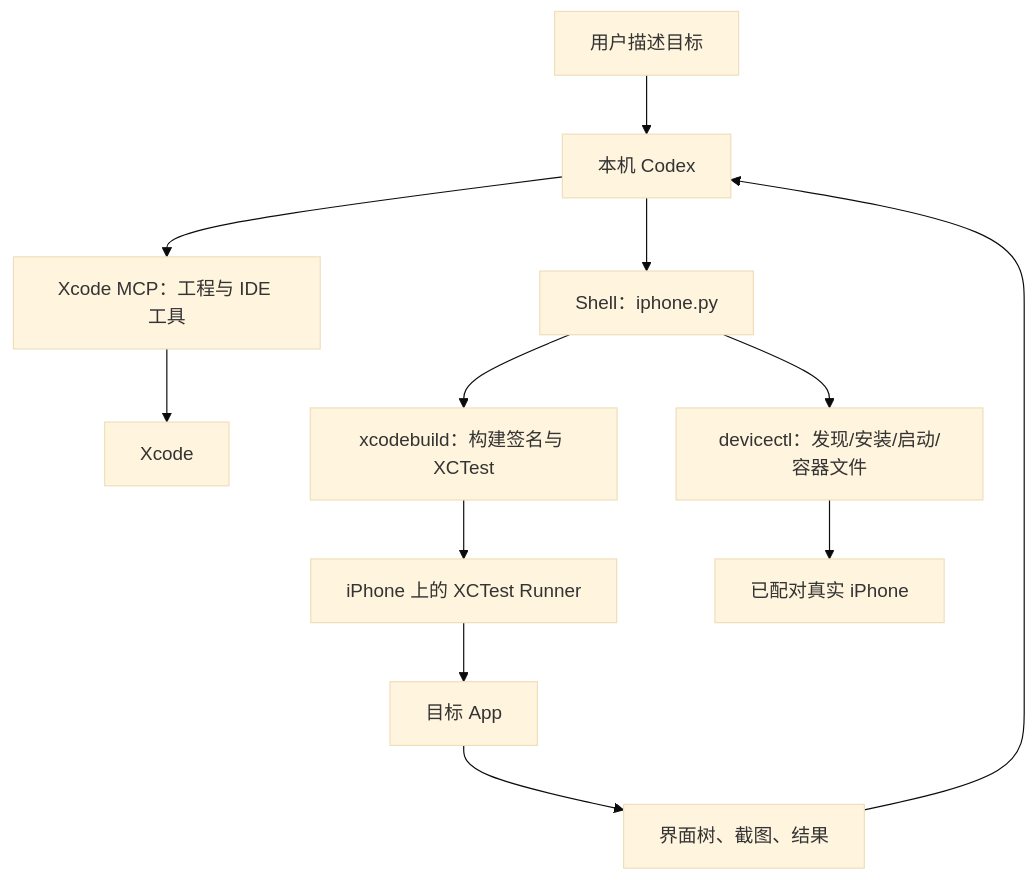
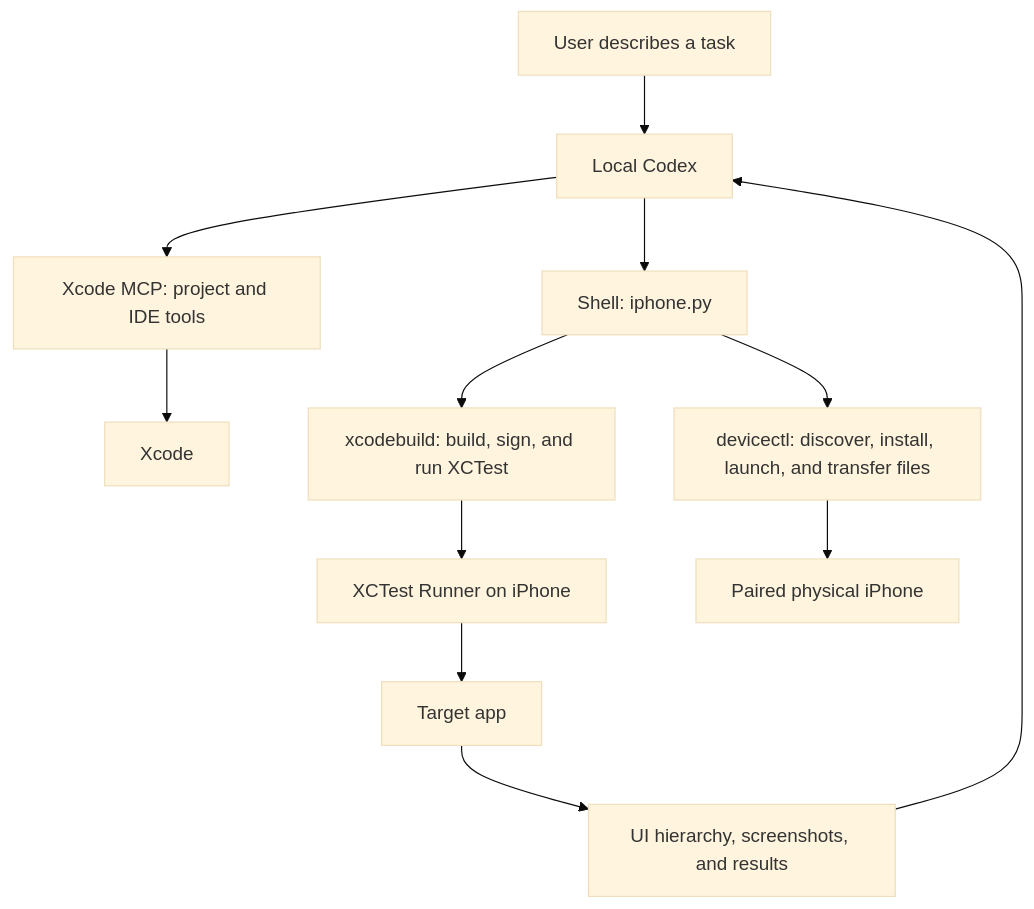
One commit to InfronAI/iPhone-Use-with-Codex changed the diagram in docs/02-codex-xcode.md. Above: the diagram before and after it, drawn with Mermaid (base theme). The commit also changed other lines of this file and 23 other files, not shown here.

````diff
--- a/docs/02-codex-xcode.md
+++ b/docs/02-codex-xcode.md
@@ -5,14 +7,14 @@
 ```mermaid
 flowchart TD
-    U[用户描述目标] --> C[本机 Codex]
-    C --> M[Xcode MCP：工程与 IDE 工具]
-    C --> S[Shell：iphone.py]
+    U[User describes a task] --> C[Local Codex]
+    C --> M[Xcode MCP: project and IDE tools]
+    C --> S[Shell: iphone.py]
     M --> X[Xcode]
-    S --> B[xcodebuild：构建签名与 XCTest]
-    S --> D[devicectl：发现/安装/启动/容器文件]
-    B --> T[iPhone 上的 XCTest Runner]
-    D --> P[已配对真实 iPhone]
-    T --> A[目标 App]
-    A --> O[界面树、截图、结果]
+    S --> B[xcodebuild: build, sign, and run XCTest]
+    S --> D[devicectl: discover, install, launch, and transfer files]
+    B --> T[XCTest Runner on iPhone]
+    D --> P[Paired physical iPhone]
+    T --> A[Target app]
+    A --> O[UI hierarchy, screenshots, and results]
     O --> C
 ```
````
